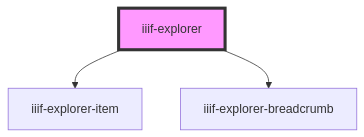
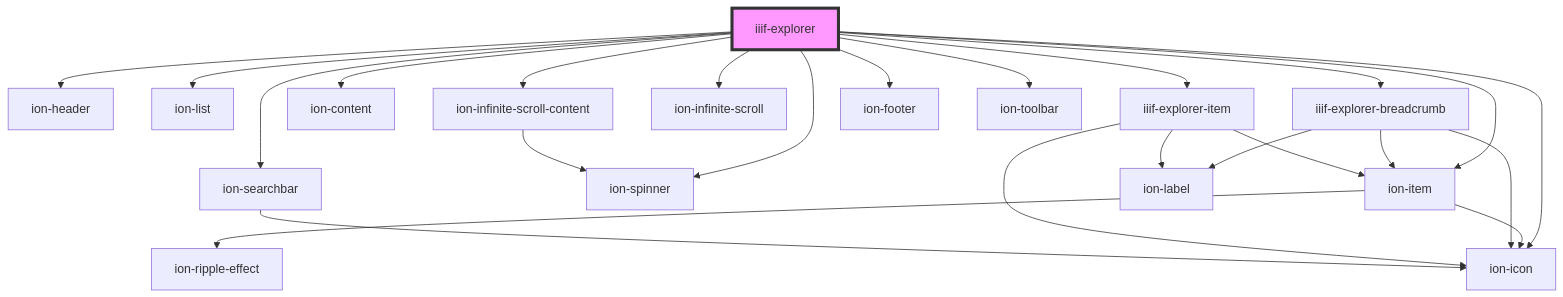
The diagram in src/components/iiif-explorer/readme.md (UniversalViewer/iiif-explorer), drawn with Mermaid before and after one commit. The commit also changed other lines of this file and 8 other files, not shown here.

````diff
--- a/src/components/iiif-explorer/readme.md
+++ b/src/components/iiif-explorer/readme.md
@@ -33,6 +50,27 @@
 ```mermaid
 graph TD;
+  iiif-explorer --> ion-header
+  iiif-explorer --> ion-list
+  iiif-explorer --> ion-item
+  iiif-explorer --> ion-icon
+  iiif-explorer --> ion-spinner
+  iiif-explorer --> iiif-explorer-breadcrumb
+  iiif-explorer --> ion-content
   iiif-explorer --> iiif-explorer-item
-  iiif-explorer --> iiif-explorer-breadcrumb
+  iiif-explorer --> ion-infinite-scroll
+  iiif-explorer --> ion-infinite-scroll-content
+  iiif-explorer --> ion-footer
+  iiif-explorer --> ion-toolbar
+  iiif-explorer --> ion-searchbar
+  ion-item --> ion-icon
+  ion-item --> ion-ripple-effect
+  iiif-explorer-breadcrumb --> ion-item
+  iiif-explorer-breadcrumb --> ion-icon
+  iiif-explorer-breadcrumb --> ion-label
+  iiif-explorer-item --> ion-item
+  iiif-explorer-item --> ion-icon
+  iiif-explorer-item --> ion-label
+  ion-infinite-scroll-content --> ion-spinner
+  ion-searchbar --> ion-icon
   style iiif-explorer fill:#f9f,stroke:#333,stroke-width:4px
 ```
````
